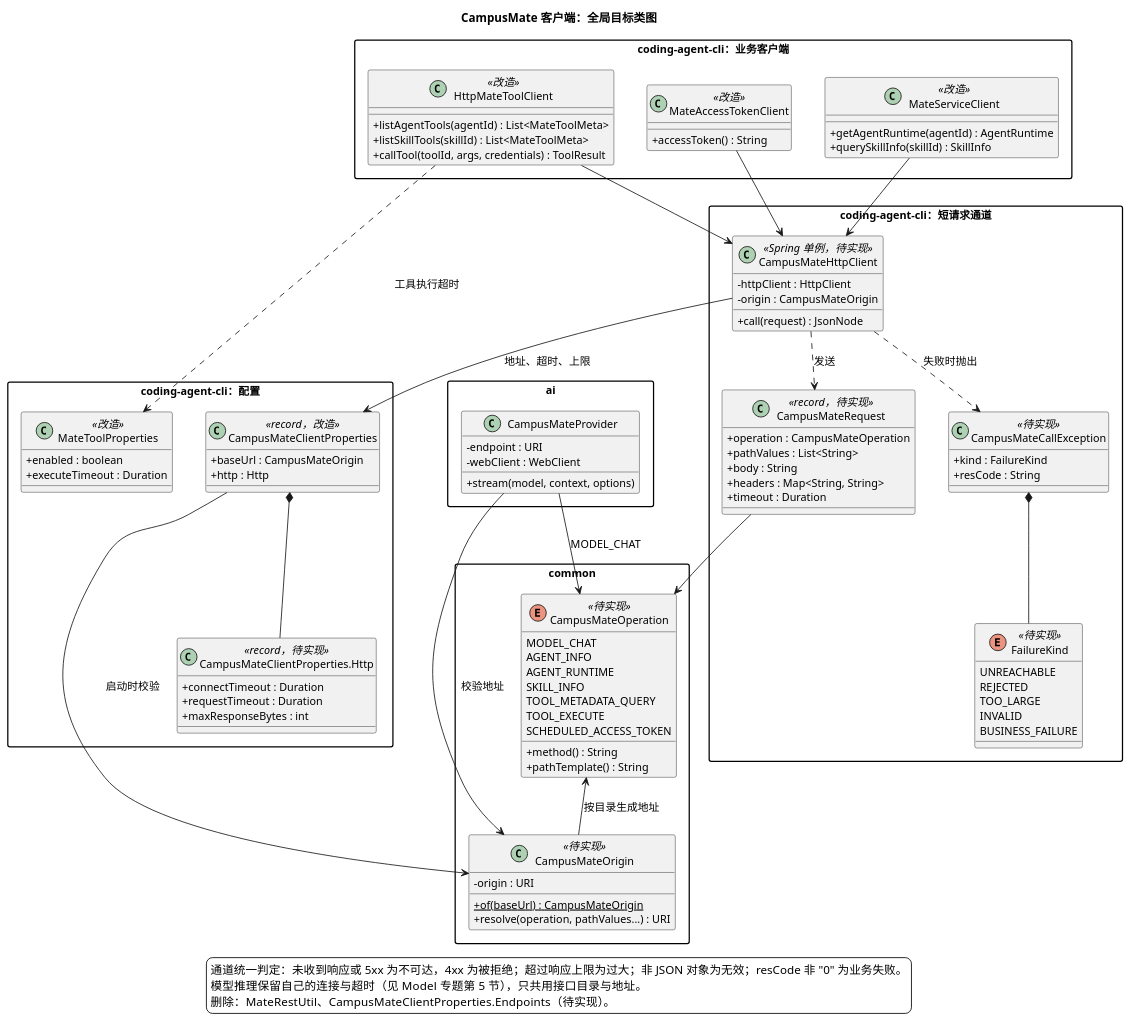
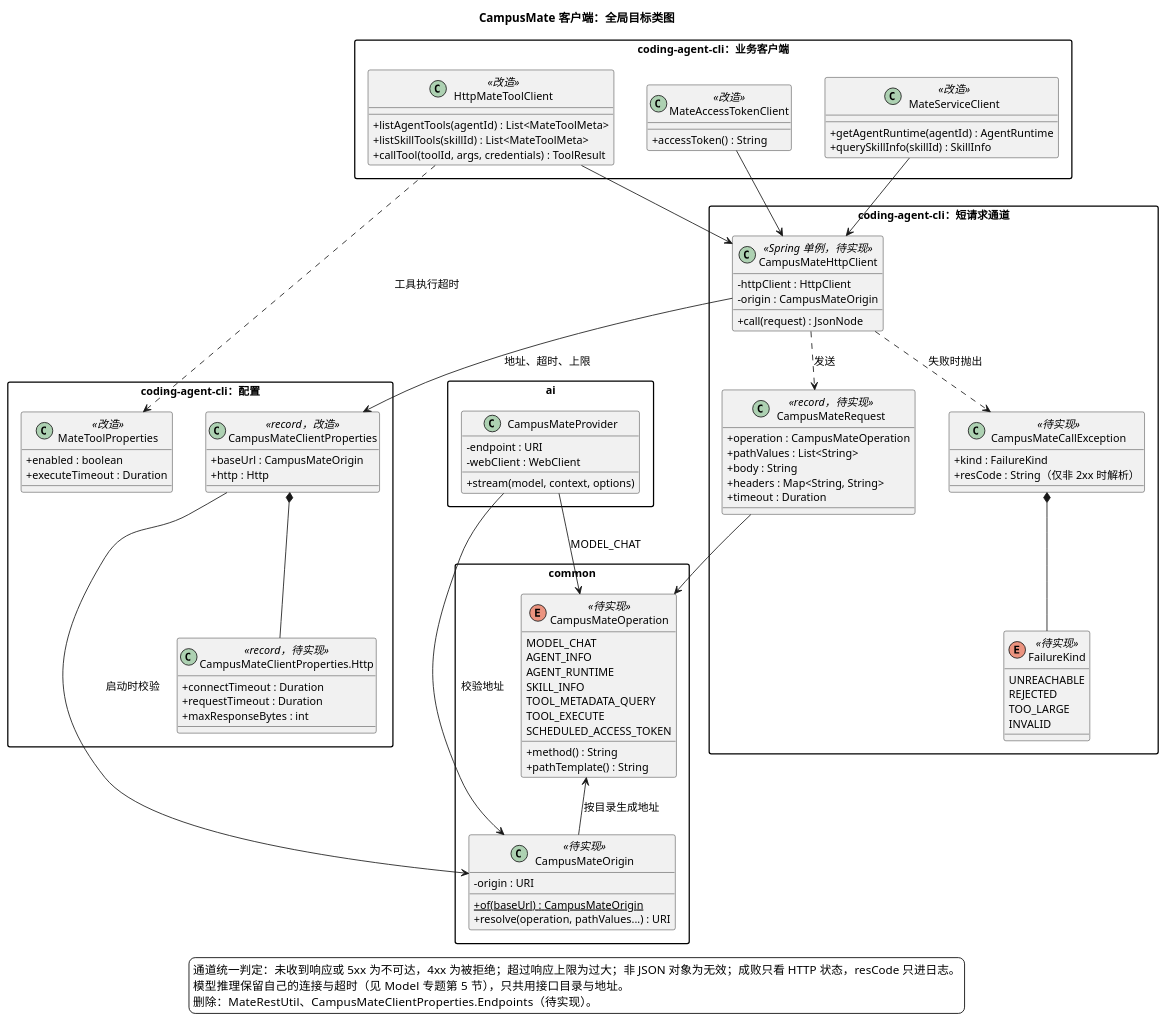
Before and after one commit to ssm0808/pi-mono-java-design: the third of 4 diagrams in 02-服务与接口/02-CampusMate共享客户端配置/diagram.puml, drawn with PlantUML. The commit also changed other lines of this file and 4 other files, not shown here.

First line of the commit message:
短请求成败只按 HTTP 状态判定，不检查 resCode

```diff
--- a/02-服务与接口/02-CampusMate共享客户端配置/diagram.puml
+++ b/02-服务与接口/02-CampusMate共享客户端配置/diagram.puml
@@ -119,122 +119,121 @@
 @startuml campusmate_client_target_classes
 ' Java 基线：628dca25a694d9d056b15f012e1223d68091ab66；2026-10-21 拉取 main。
 ' 源码：modules/coding-agent-cli/src/main/java/com/campusclaw/codingagent/config/CampusMateClientProperties.java Endpoints（待删除）。
 ' 源码：modules/coding-agent-cli/src/main/java/com/campusclaw/codingagent/common/util/MateRestUtil.java（待删除）。
 ' 源码：modules/coding-agent-cli/src/main/java/com/campusclaw/codingagent/runtime/MateServiceClient.java send（迁入通道）。
 ' 源码：modules/ai/src/main/java/com/campusclaw/ai/provider/mate/CampusMateProvider.java validateChatPath（待删除）。
 ' 目标：待实现；接口目录与地址放 common，短请求通道放 coding-agent-cli，三个业务客户端只依赖通道。
 ' 依赖方向：common <- ai <- agent-core <- coding-agent-cli；ai 不依赖 coding-agent-cli，所以目录必须在 common。
 ' 基线：Codex Provider + EndpointSession；Anthropic Java SDK ClientOptions + 各 Service。
 title CampusMate 客户端：全局目标类图
 skinparam backgroundColor white
 skinparam defaultFontSize 13
 skinparam classAttributeIconSize 0
 skinparam packageStyle rectangle
 skinparam nodesep 40
 skinparam ranksep 50
 
 package "common" as CommonPkg {
   enum CampusMateOperation <<待实现>> {
     MODEL_CHAT
     AGENT_INFO
     AGENT_RUNTIME
     SKILL_INFO
     TOOL_METADATA_QUERY
     TOOL_EXECUTE
     SCHEDULED_ACCESS_TOKEN
     + method() : String
     + pathTemplate() : String
   }
   class CampusMateOrigin <<待实现>> {
     - origin : URI
     + {static} of(baseUrl) : CampusMateOrigin
     + resolve(operation, pathValues...) : URI
   }
 }
 
 package "ai" as AiPkg {
   class CampusMateProvider {
     - endpoint : URI
     - webClient : WebClient
     + stream(model, context, options)
   }
 }
 
 package "coding-agent-cli：配置" as ConfigPkg {
   class CampusMateClientProperties <<record，改造>> {
     + baseUrl : CampusMateOrigin
     + http : Http
   }
   class "CampusMateClientProperties.Http" as HttpOptions <<record，待实现>> {
     + connectTimeout : Duration
     + requestTimeout : Duration
     + maxResponseBytes : int
   }
   class MateToolProperties <<改造>> {
     + enabled : boolean
     + executeTimeout : Duration
   }
 }
 
 package "coding-agent-cli：短请求通道" as ChannelPkg {
   class CampusMateHttpClient <<Spring 单例，待实现>> {
     - httpClient : HttpClient
     - origin : CampusMateOrigin
     + call(request) : JsonNode
   }
   class CampusMateRequest <<record，待实现>> {
     + operation : CampusMateOperation
     + pathValues : List<String>
     + body : String
     + headers : Map<String, String>
     + timeout : Duration
   }
   class CampusMateCallException <<待实现>> {
     + kind : FailureKind
-    + resCode : String
+    + resCode : String（仅非 2xx 时解析）
   }
   enum FailureKind <<待实现>> {
     UNREACHABLE
     REJECTED
     TOO_LARGE
     INVALID
-    BUSINESS_FAILURE
   }
 }
 
 package "coding-agent-cli：业务客户端" as ClientPkg {
   class MateServiceClient <<改造>> {
     + getAgentRuntime(agentId) : AgentRuntime
     + querySkillInfo(skillId) : SkillInfo
   }
   class HttpMateToolClient <<改造>> {
     + listAgentTools(agentId) : List<MateToolMeta>
     + listSkillTools(skillId) : List<MateToolMeta>
     + callTool(toolId, args, credentials) : ToolResult
   }
   class MateAccessTokenClient <<改造>> {
     + accessToken() : String
   }
 }
 
 CampusMateOperation <-- CampusMateOrigin : 按目录生成地址
 CampusMateProvider --> CampusMateOrigin : 校验地址
 CampusMateProvider --> CampusMateOperation : MODEL_CHAT
 CampusMateClientProperties *-- HttpOptions
 CampusMateClientProperties --> CampusMateOrigin : 启动时校验
 CampusMateHttpClient --> CampusMateClientProperties : 地址、超时、上限
 CampusMateHttpClient ..> CampusMateRequest : 发送
 CampusMateHttpClient ..> CampusMateCallException : 失败时抛出
 CampusMateCallException *-- FailureKind
 CampusMateRequest --> CampusMateOperation
 MateServiceClient --> CampusMateHttpClient
 HttpMateToolClient --> CampusMateHttpClient
 MateAccessTokenClient --> CampusMateHttpClient
 HttpMateToolClient ..> MateToolProperties : 工具执行超时
 
 legend bottom
-  通道统一判定：未收到响应或 5xx 为不可达，4xx 为被拒绝；超过响应上限为过大；非 JSON 对象为无效；resCode 非 "0" 为业务失败。
+  通道统一判定：未收到响应或 5xx 为不可达，4xx 为被拒绝；超过响应上限为过大；非 JSON 对象为无效；成败只看 HTTP 状态，resCode 只进日志。
   模型推理保留自己的连接与超时（见 Model 专题第 5 节），只共用接口目录与地址。
   删除：MateRestUtil、CampusMateClientProperties.Endpoints（待实现）。
 endlegend
 @enduml
```
